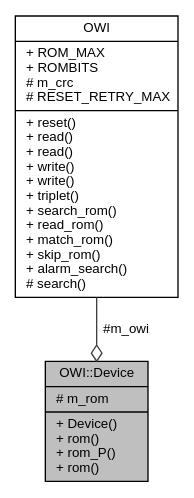
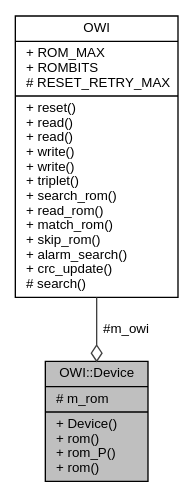
Before and after one commit to mikaelpatel/mikaelpatel.github.io: the diagram in Arduino-OWI/db/ddc/classOWI_1_1Device__coll__graph.dot, drawn with Graphviz. The commit also changed 194 other files, not shown here.

```diff
--- a/Arduino-OWI/db/ddc/classOWI_1_1Device__coll__graph.dot
+++ b/Arduino-OWI/db/ddc/classOWI_1_1Device__coll__graph.dot
@@ -1,8 +1,8 @@
 digraph "OWI::Device"
 {
   edge [fontname="Helvetica",fontsize="10",labelfontname="Helvetica",labelfontsize="10"];
   node [fontname="Helvetica",fontsize="10",shape=record];
   Node1 [label="{OWI::Device\n|# m_rom\l|+ Device()\l+ rom()\l+ rom_P()\l+ rom()\l}",height=0.2,width=0.4,color="black", fillcolor="grey75", style="filled", fontcolor="black"];
   Node2 -> Node1 [color="grey25",fontsize="10",style="solid",label=" #m_owi" ,arrowhead="odiamond",fontname="Helvetica"];
-  Node2 [label="{OWI\n|+ ROM_MAX\l+ ROMBITS\l# m_crc\l# RESET_RETRY_MAX\l|+ reset()\l+ read()\l+ read()\l+ write()\l+ write()\l+ triplet()\l+ search_rom()\l+ read_rom()\l+ match_rom()\l+ skip_rom()\l+ alarm_search()\l# search()\l}",height=0.2,width=0.4,color="black", fillcolor="white", style="filled",URL="$d7/d90/classOWI.html"];
+  Node2 [label="{OWI\n|+ ROM_MAX\l+ ROMBITS\l# RESET_RETRY_MAX\l|+ reset()\l+ read()\l+ read()\l+ write()\l+ write()\l+ triplet()\l+ search_rom()\l+ read_rom()\l+ match_rom()\l+ skip_rom()\l+ alarm_search()\l+ crc_update()\l# search()\l}",height=0.2,width=0.4,color="black", fillcolor="white", style="filled",URL="$d7/d90/classOWI.html"];
 }
```
